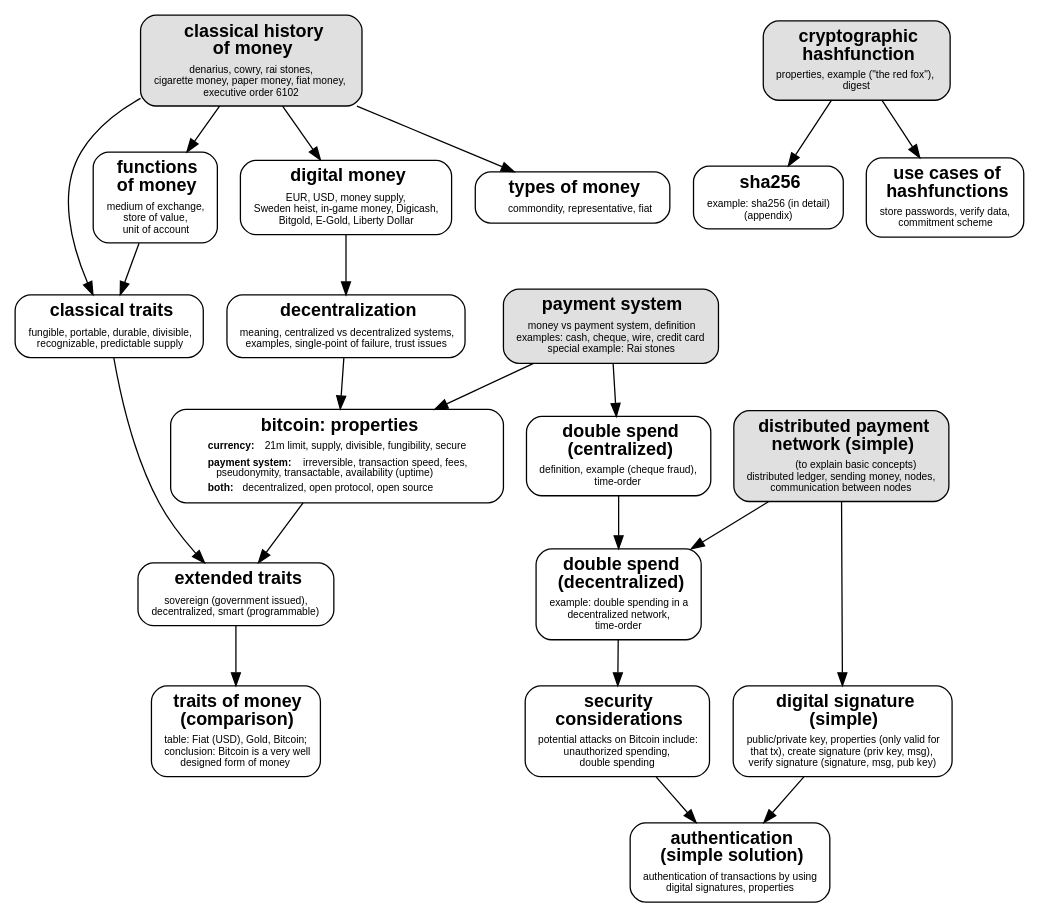
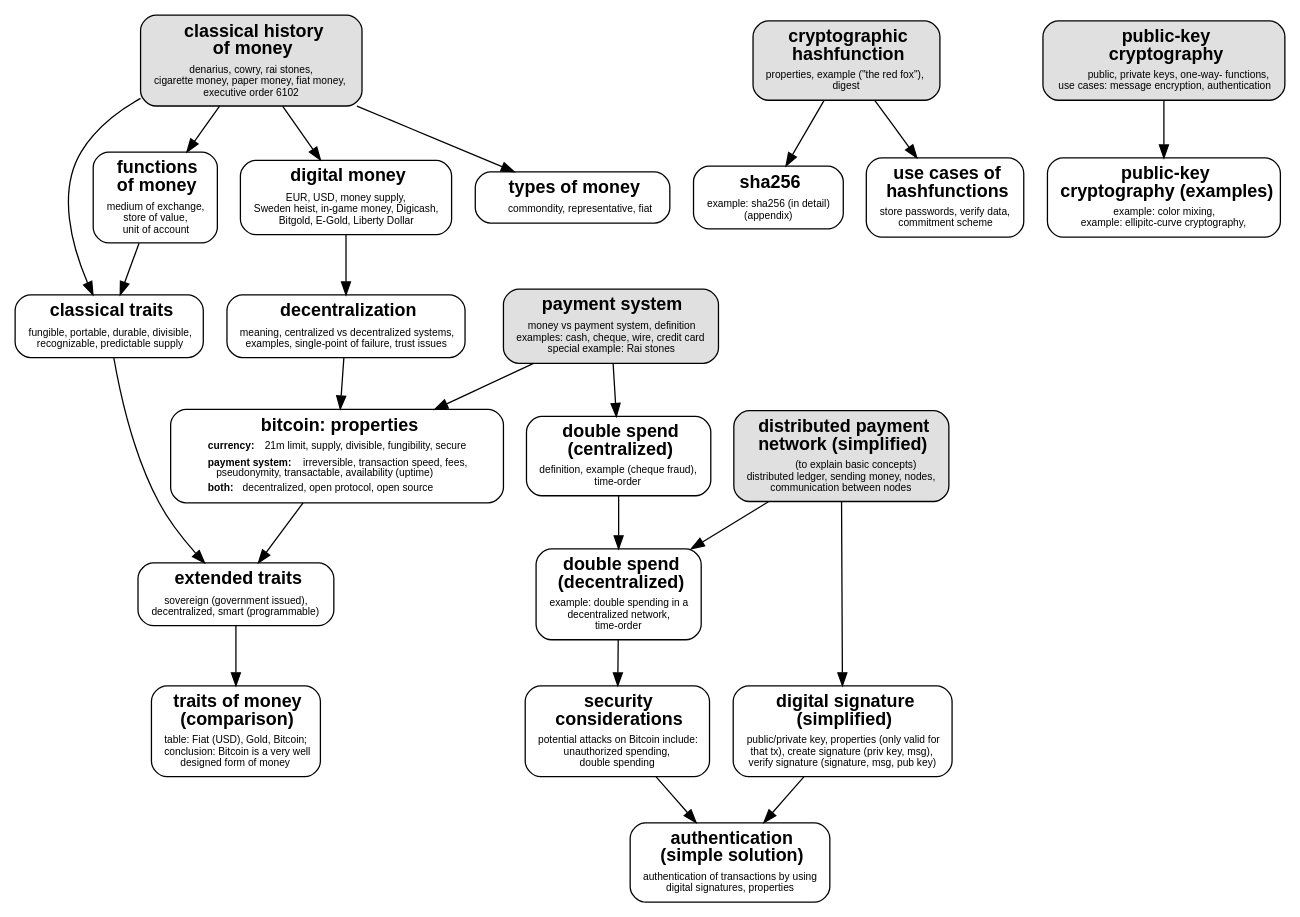
Before and after one commit to winterblues/topics_dependencies: the diagram in book.gv, drawn with Graphviz.

```diff
--- a/book.gv
+++ b/book.gv
@@ -207,7 +207,7 @@
     // -- Digital Signature (Simple)
     n_digital_signature_simple [ label=<
     <table border="0" cellborder="0" cellspacing="0">
-        <tr><td align="center"><b>digital signature<br/>(simple)</b></td></tr>
+        <tr><td align="center"><b>digital signature<br/>(simplified)</b></td></tr>
         <tr><td align="center"><font point-size="8">
 			public/private key, properties (only valid for<br/>
 			that tx), create signature (priv key, msg),<br/>
@@ -218,7 +218,7 @@
     // -- Distributed Network
     n_distributed_network [ fillcolor="#e0e0e0" style="rounded,filled" label=<
     <table border="0" cellborder="0" cellspacing="0">
-        <tr><td align="center"><b>distributed payment<br/>network (simple)</b></td></tr>
+        <tr><td align="center"><b>distributed payment<br/>network (simplified)</b></td></tr>
         <tr><td align="center"><font point-size="8">
             (to explain basic concepts)<br/>
 			distributed ledger, sending money, nodes,<br/>
@@ -226,8 +226,28 @@
     </table>>];
     
 
+    // -- Public Key Cryptography
+    n_public_key_cryptography [ fillcolor="#e0e0e0" style="rounded,filled" label=<
+    <table border="0" cellborder="0" cellspacing="0">
+        <tr><td align="center"><b>public-key<br/>cryptography</b></td></tr>
+        <tr><td align="center"><font point-size="8">
+            public, private keys, one-way- functions,<br/>
+			use cases: message encryption, authentication<br/></font></td></tr>
+    </table>>];
+
+
+    // -- Public-Key Crypto (Examples)
+    n_public_key_crypto_examples [ label=<
+    <table border="0" cellborder="0" cellspacing="0">
+        <tr><td align="center"><b>public-key<br/>cryptography (examples)</b></td></tr>
+        <tr><td align="center"><font point-size="8">
+			example: color mixing,<br/>
+			example: ellipitc-curve cryptography,</font></td></tr>
+    </table>>];
     
-
+    n_public_key_cryptography -> n_public_key_crypto_examples
+    
+    
     #n_history_of_Bitcoin
 	#n_consensus_mechanism
 	#n_public_private_key
@@ -293,6 +313,8 @@
     n_hashfunction -> n_hashfunction_use_cases
   
 
+    
+    
 }
 
 
```
